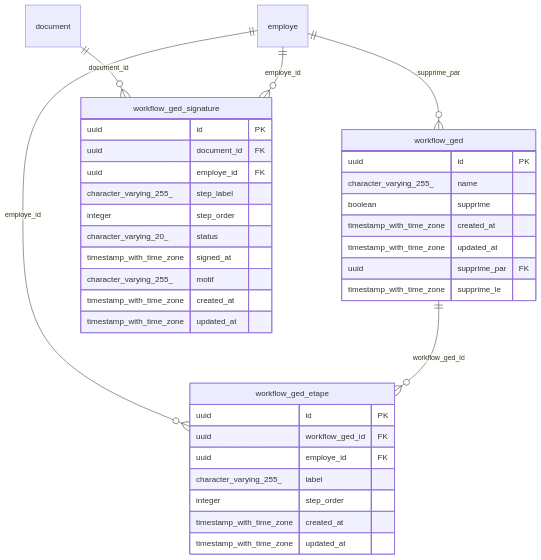
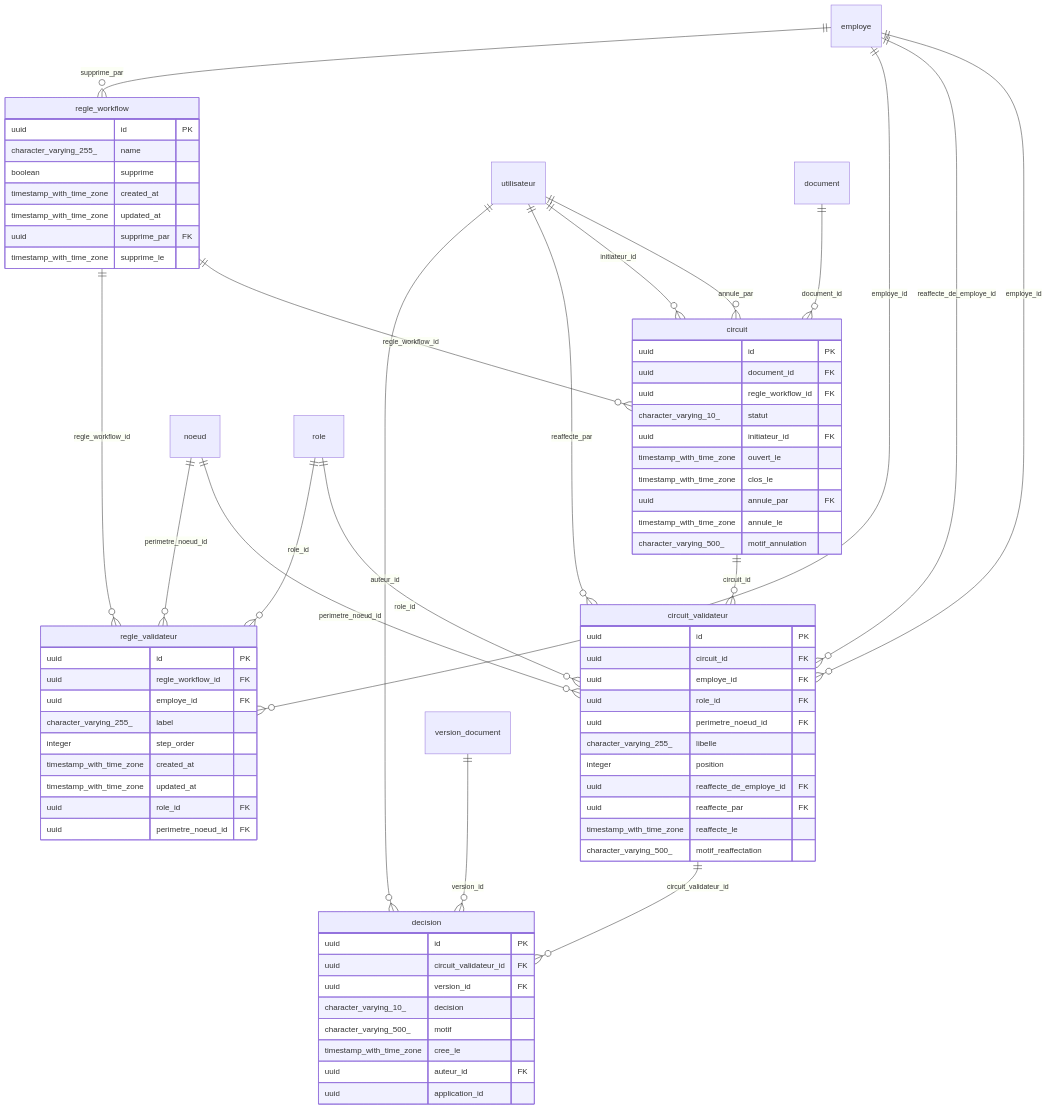
One commit to abddou2000/GED changed the sixth of 7 diagrams in docs/modelisation/SCHEMA-BASE.md. Above: the diagram before and after it, drawn with Mermaid. The commit also changed other lines of this file and 2 other files, not shown here.

Commit message:
Régénérer le schéma et les diagrammes de classes après fusion, reporter les correctifs de la vague 5 dans le suivi

````diff
--- a/docs/modelisation/SCHEMA-BASE.md
+++ b/docs/modelisation/SCHEMA-BASE.md
@@ -511,38 +528,76 @@
 ```mermaid
 erDiagram
-  workflow_ged {
+  circuit {
+    uuid id PK
+    uuid document_id FK
+    uuid regle_workflow_id FK
+    character_varying_10_ statut
+    uuid initiateur_id FK
+    timestamp_with_time_zone ouvert_le
+    timestamp_with_time_zone clos_le
+    uuid annule_par FK
+    timestamp_with_time_zone annule_le
+    character_varying_500_ motif_annulation
+  }
+  circuit_validateur {
+    uuid id PK
+    uuid circuit_id FK
+    uuid employe_id FK
+    uuid role_id FK
+    uuid perimetre_noeud_id FK
+    character_varying_255_ libelle
+    integer position
+    uuid reaffecte_de_employe_id FK
+    uuid reaffecte_par FK
+    timestamp_with_time_zone reaffecte_le
+    character_varying_500_ motif_reaffectation
+  }
+  decision {
+    uuid id PK
+    uuid circuit_validateur_id FK
+    uuid version_id FK
+    character_varying_10_ decision
+    character_varying_500_ motif
+    timestamp_with_time_zone cree_le
+    uuid auteur_id FK
+    uuid application_id
+  }
+  regle_validateur {
+    uuid id PK
+    uuid regle_workflow_id FK
+    uuid employe_id FK
+    character_varying_255_ label
+    integer step_order
+    timestamp_with_time_zone created_at
+    timestamp_with_time_zone updated_at
+    uuid role_id FK
+    uuid perimetre_noeud_id FK
+  }
+  regle_workflow {
     uuid id PK
     character_varying_255_ name
     boolean supprime
     timestamp_with_time_zone created_at
     timestamp_with_time_zone updated_at
     uuid supprime_par FK
     timestamp_with_time_zone supprime_le
   }
-  workflow_ged_etape {
-    uuid id PK
-    uuid workflow_ged_id FK
-    uuid employe_id FK
-    character_varying_255_ label
-    integer step_order
-    timestamp_with_time_zone created_at
-    timestamp_with_time_zone updated_at
-  }
-  workflow_ged_signature {
-    uuid id PK
-    uuid document_id FK
-    uuid employe_id FK
-    character_varying_255_ step_label
-    integer step_order
-    character_varying_20_ status
-    timestamp_with_time_zone signed_at
-    character_varying_255_ motif
-    timestamp_with_time_zone created_at
-    timestamp_with_time_zone updated_at
-  }
-  employe ||--o{ workflow_ged : "supprime_par"
-  employe ||--o{ workflow_ged_etape : "employe_id"
-  workflow_ged ||--o{ workflow_ged_etape : "workflow_ged_id"
-  document ||--o{ workflow_ged_signature : "document_id"
-  employe ||--o{ workflow_ged_signature : "employe_id"
+  utilisateur ||--o{ circuit : "annule_par"
+  document ||--o{ circuit : "document_id"
+  utilisateur ||--o{ circuit : "initiateur_id"
+  regle_workflow ||--o{ circuit : "regle_workflow_id"
+  circuit ||--o{ circuit_validateur : "circuit_id"
+  employe ||--o{ circuit_validateur : "employe_id"
+  noeud ||--o{ circuit_validateur : "perimetre_noeud_id"
+  employe ||--o{ circuit_validateur : "reaffecte_de_employe_id"
+  utilisateur ||--o{ circuit_validateur : "reaffecte_par"
+  role ||--o{ circuit_validateur : "role_id"
+  utilisateur ||--o{ decision : "auteur_id"
+  circuit_validateur ||--o{ decision : "circuit_validateur_id"
+  version_document ||--o{ decision : "version_id"
+  employe ||--o{ regle_validateur : "employe_id"
+  noeud ||--o{ regle_validateur : "perimetre_noeud_id"
+  regle_workflow ||--o{ regle_validateur : "regle_workflow_id"
+  role ||--o{ regle_validateur : "role_id"
+  employe ||--o{ regle_workflow : "supprime_par"
 ```
````
